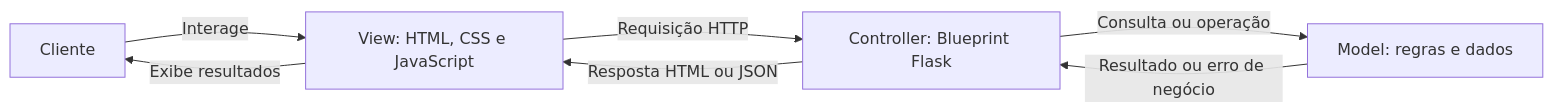
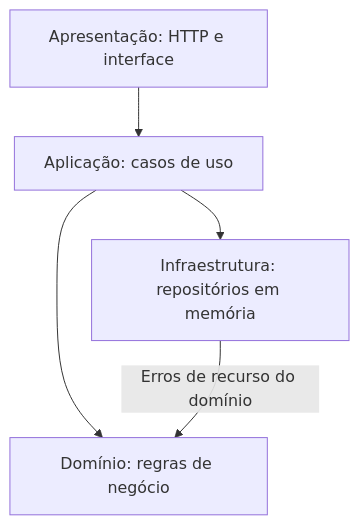
Before and after one commit to Ckenz0/Arquitetura-Clean: the first of 2 diagrams in docs/arquitetura.md, drawn with Mermaid. The commit also changed other lines of this file and 27 other files, not shown here.

````diff
--- a/docs/arquitetura.md
+++ b/docs/arquitetura.md
@@ -25,9 +23,7 @@
 ```mermaid
-flowchart LR
-    U[Cliente] -->|Interage| V[View: HTML, CSS e JavaScript]
-    V -->|Requisição HTTP| C[Controller: Blueprint Flask]
-    C -->|Consulta ou operação| M[Model: regras e dados]
-    M -->|Resultado ou erro de negócio| C
-    C -->|Resposta HTML ou JSON| V
-    V -->|Exibe resultados| U
+flowchart TB
+    P[Apresentação: HTTP e interface] --> A[Aplicação: casos de uso]
+    A --> D[Domínio: regras de negócio]
+    A --> I[Infraestrutura: repositórios em memória]
+    I -->|Erros de recurso do domínio| D
 ```
````
